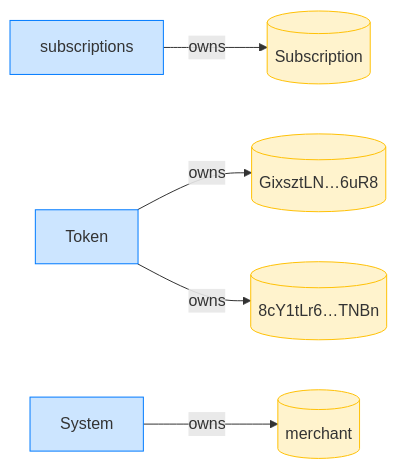
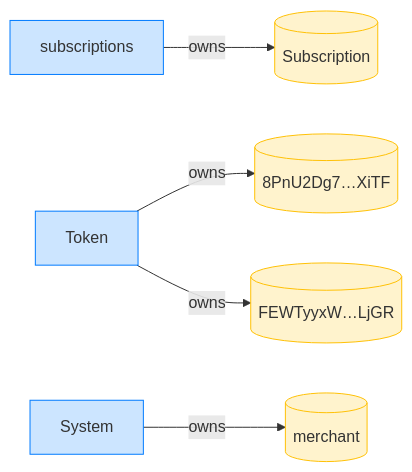
Diagram 12 of 12 in dsl_tests/transfer-subscription--a-sunset-plan-still-allows-pulls.md (cds-rs/subscriptions), drawn with Mermaid before and after one commit. The commit also changed other lines of this file and 224 other files, not shown here.

````diff
--- a/dsl_tests/transfer-subscription--a-sunset-plan-still-allows-pulls.md
+++ b/dsl_tests/transfer-subscription--a-sunset-plan-still-allows-pulls.md
@@ -224,16 +239,16 @@
 ```mermaid
 flowchart LR
     classDef owner fill:#cce5ff,stroke:#007bff;
     classDef account fill:#fff3cd,stroke:#ffc107;
     subscriptions[subscriptions]:::owner
     Subscription[(Subscription)]:::account
     Token[Token]:::owner
-    GixsztLN_6uR8[("GixsztLN…6uR8")]:::account
-    8cY1tLr6_TNBn[("8cY1tLr6…TNBn")]:::account
+    8PnU2Dg7_XiTF[("8PnU2Dg7…XiTF")]:::account
+    FEWTyyxW_LjGR[("FEWTyyxW…LjGR")]:::account
     System[System]:::owner
     merchant[(merchant)]:::account
     subscriptions -->|owns| Subscription
-    Token -->|owns| GixsztLN_6uR8
-    Token -->|owns| 8cY1tLr6_TNBn
+    Token -->|owns| 8PnU2Dg7_XiTF
+    Token -->|owns| FEWTyyxW_LjGR
     System -->|owns| merchant
 ```
````
